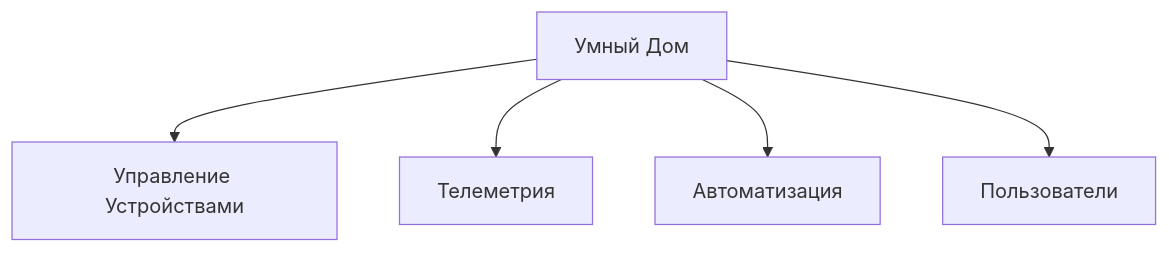
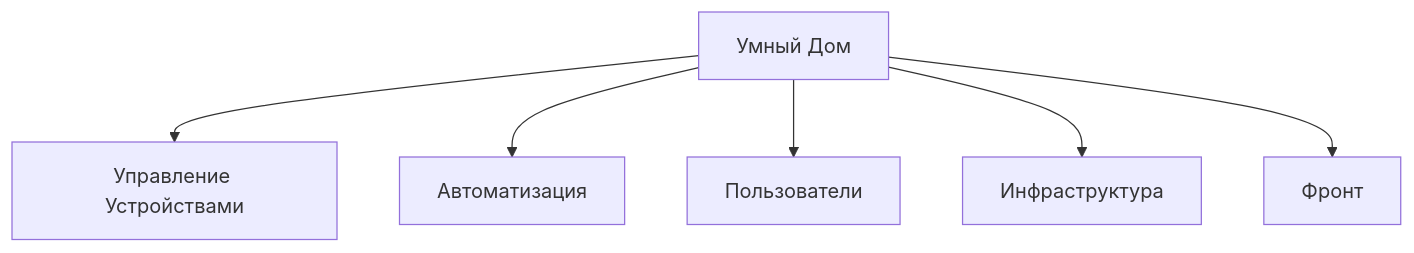
Before and after one commit to AdamCage/warmhouse: the third of 9 diagrams in README.md, drawn with Mermaid. The commit also changed other lines of this file and 21 other files, not shown here.

````diff
--- a/README.md
+++ b/README.md
@@ -88,7 +86,8 @@
 ```mermaid
 graph TD
     A[Умный Дом] --> B[Управление Устройствами]
-    A --> C[Телеметрия]
     A --> D[Автоматизация]
     A --> E[Пользователи]
+    A --> G[Инфраструктура]
+    A --> I[Фронт]
 ```
````
